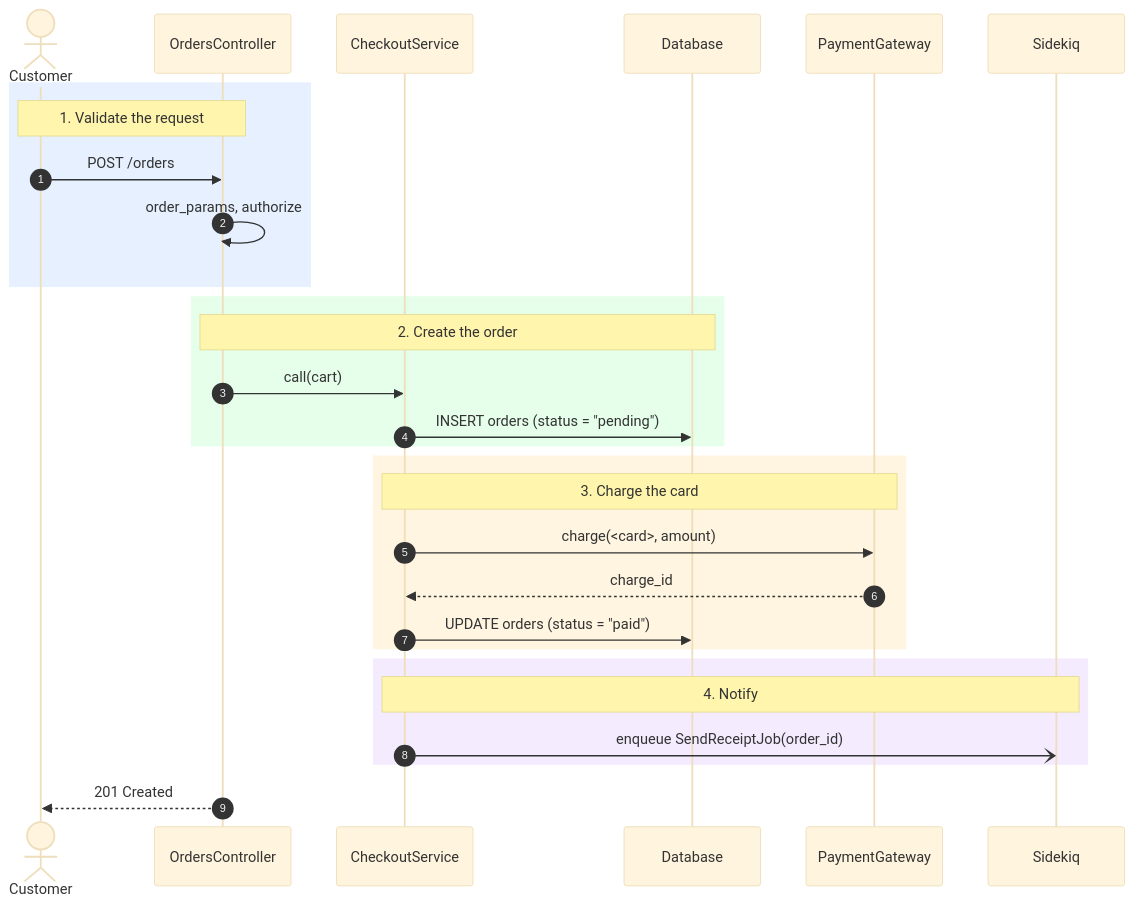
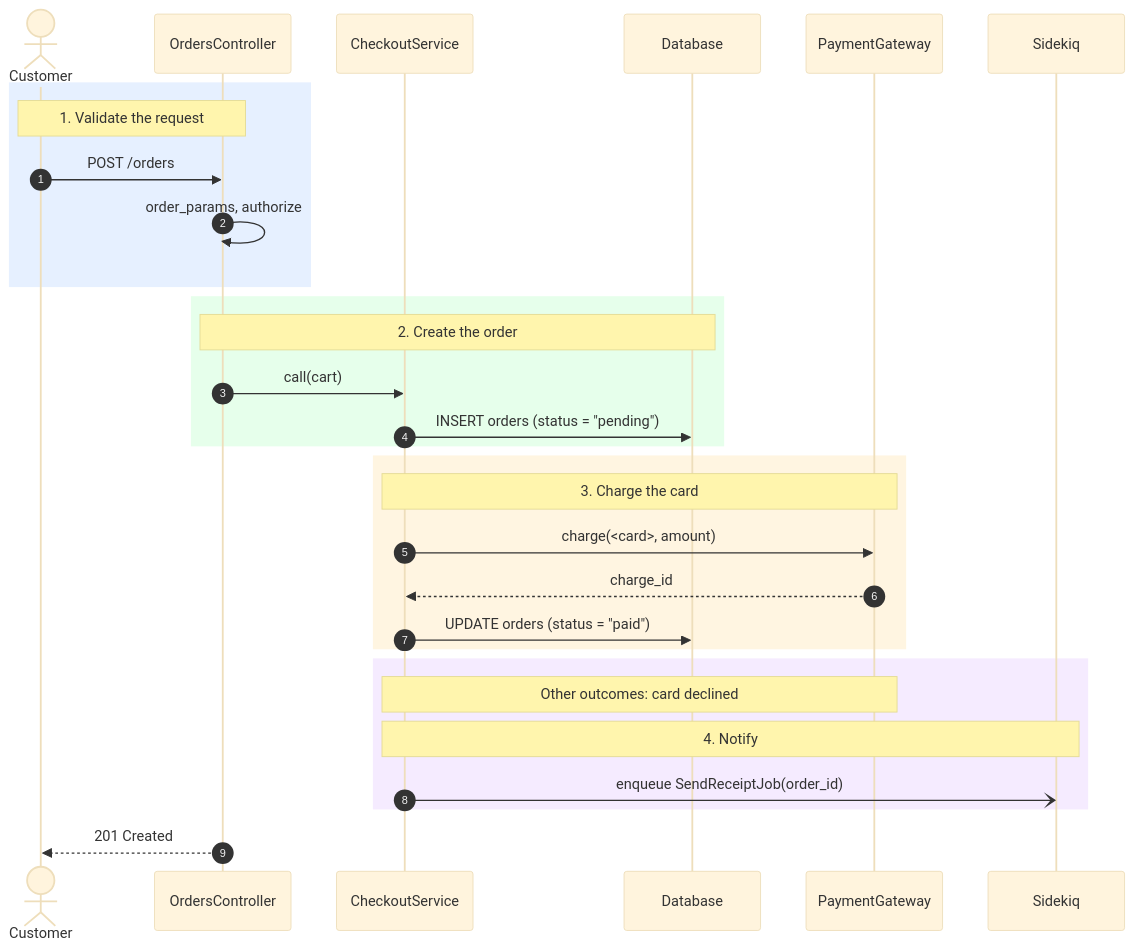
Before and after one commit to andrewhenriquef/personal-claude-plugin: the first of 6 diagrams in skills/walkthroughs/flow-as-is/references/diagrams.md, drawn with Mermaid (base theme). The commit also changed other lines of this file and 5 other files, not shown here.

First line of the commit message:
Draw one diagram per scenario in flow-as-is and flow-diff

````diff
--- a/skills/walkthroughs/flow-as-is/references/diagrams.md
+++ b/skills/walkthroughs/flow-as-is/references/diagrams.md
@@ -22,32 +23,33 @@
 ```mermaid
 sequenceDiagram
   autonumber
   actor U as Customer
   participant C as OrdersController
   participant S as CheckoutService
   participant D as Database
   participant P as PaymentGateway
   participant Q as Sidekiq
 
   rect rgb(230, 240, 255)
     Note over U,C: 1. Validate the request
     U->>C: POST /orders
     C->>C: order_params, authorize
   end
   rect rgb(230, 255, 235)
     Note over C,D: 2. Create the order
     C->>S: call(cart)
     S->>D: INSERT orders (status = "pending")
   end
   rect rgb(255, 245, 225)
     Note over S,P: 3. Charge the card
     S->>P: charge(<card>, amount)
     P-->>S: charge_id
     S->>D: UPDATE orders (status = "paid")
   end
   rect rgb(245, 235, 255)
+    Note over S,P: Other outcomes: card declined
     Note over S,Q: 4. Notify
     S-)Q: enqueue SendReceiptJob(order_id)
   end
   C-->>U: 201 Created
 ```
````
